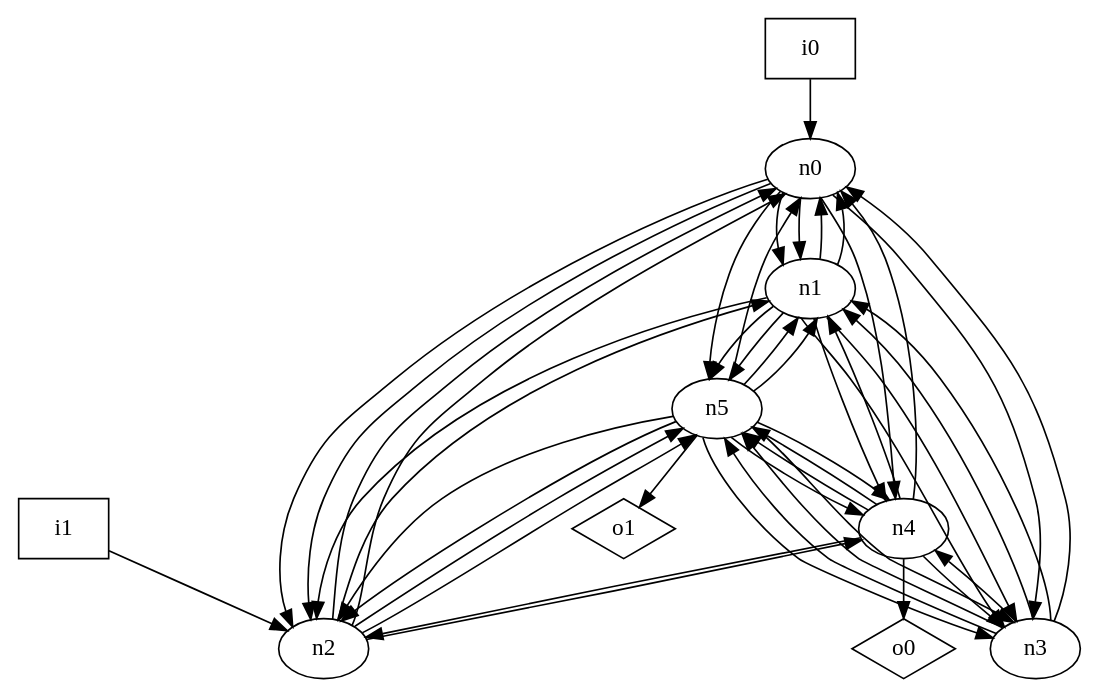
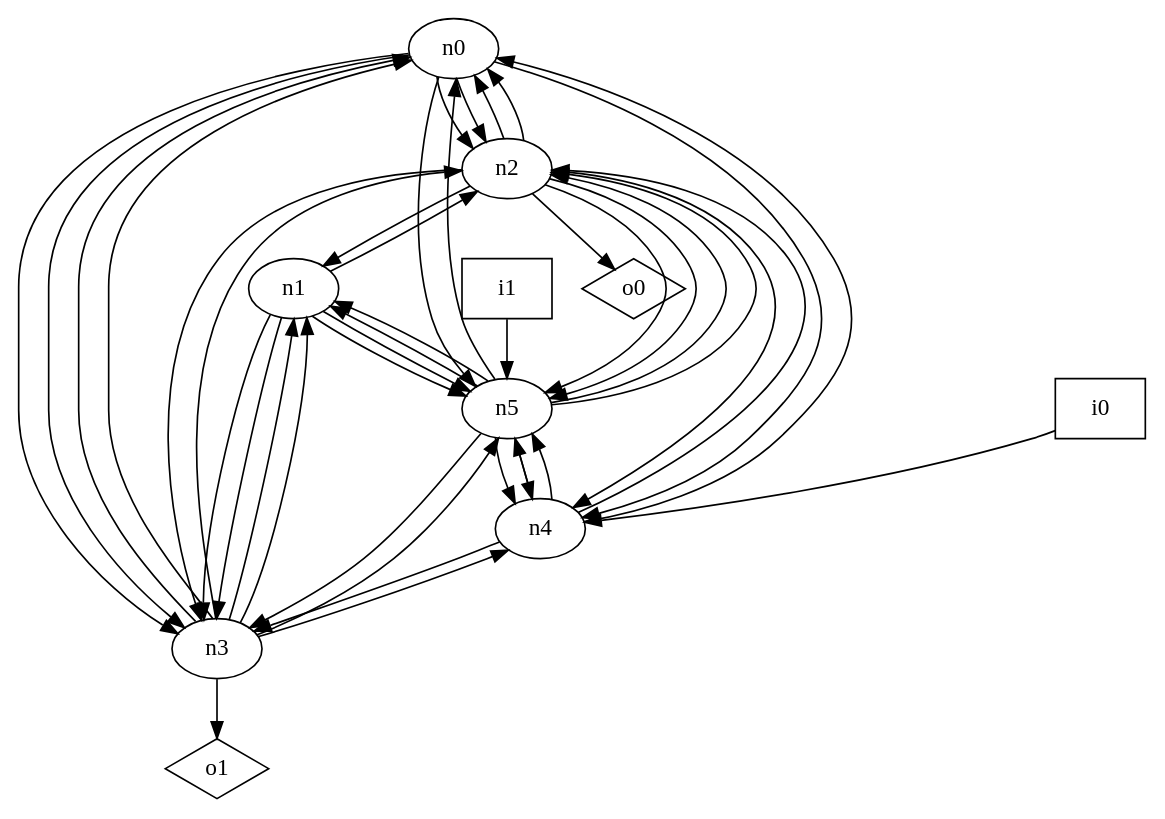
One commit to p9romain/bool-circuits changed the diagram in dot_files/random_graph/undirected_loop_free_graph.dot. Above: the diagram before and after it, drawn with Graphviz. The commit also changed 149 other files, not shown here.

```diff
--- a/dot_files/random_graph/undirected_loop_free_graph.dot
+++ b/dot_files/random_graph/undirected_loop_free_graph.dot
@@ -1,58 +1,54 @@
 digraph G {
 n0 [label="n0"];
 n1 [label="n1"];
 n2 [label="n2"];
 n3 [label="n3"];
 n4 [label="n4"];
 n5 [label="n5"];
 n6 [label="i0",shape="box"];
 n7 [label="i1",shape="box"];
 n8 [label="o0",shape="diamond"];
 n9 [label="o1",shape="diamond"];
-n0 -> n1
-n0 -> n1
 n0 -> n2
 n0 -> n2
 n0 -> n3
+n0 -> n3
 n0 -> n4
 n0 -> n5
-n1 -> n0
-n1 -> n0
 n1 -> n2
 n1 -> n3
 n1 -> n3
-n1 -> n4
 n1 -> n5
 n1 -> n5
 n2 -> n0
 n2 -> n0
 n2 -> n1
+n2 -> n3
 n2 -> n4
 n2 -> n5
 n2 -> n5
+n2 -> n8
+n3 -> n0
 n3 -> n0
 n3 -> n1
 n3 -> n1
+n3 -> n2
 n3 -> n4
 n3 -> n5
-n3 -> n5
+n3 -> n9
 n4 -> n0
-n4 -> n1
 n4 -> n2
 n4 -> n3
 n4 -> n5
 n4 -> n5
-n4 -> n8
 n5 -> n0
 n5 -> n1
 n5 -> n1
 n5 -> n2
 n5 -> n2
 n5 -> n3
-n5 -> n3
 n5 -> n4
 n5 -> n4
-n5 -> n9
-n6 -> n0
-n7 -> n2
+n6 -> n4
+n7 -> n5
 }
```
